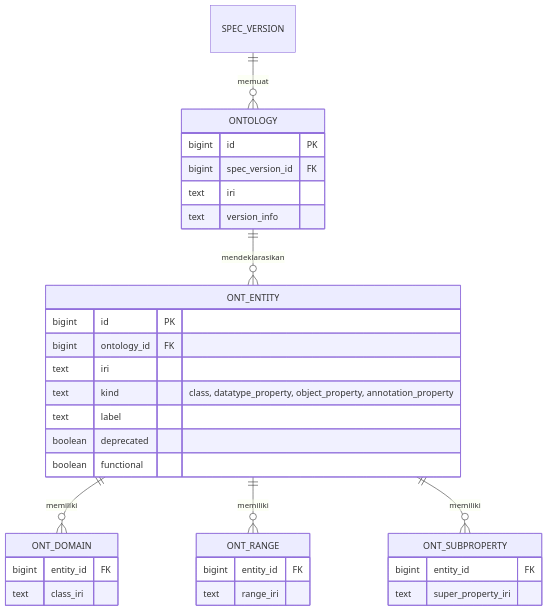
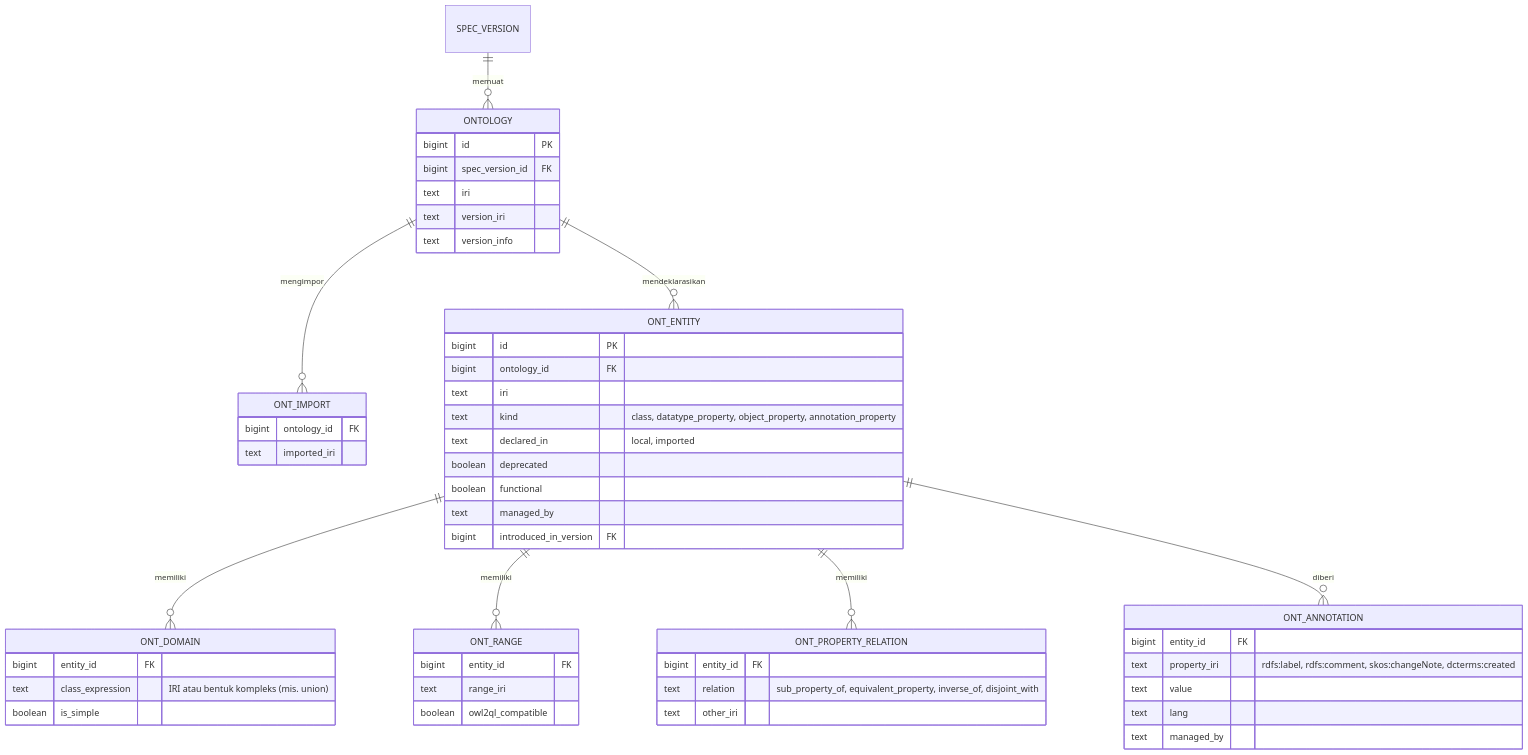
One commit to rahilaode/data-federation-dev changed the fifth of 7 diagrams in docs/knowledge/README.md. Above: the diagram before and after it, drawn with Mermaid. The commit also changed other lines of this file and 2 other files, not shown here.

````diff
--- a/docs/knowledge/README.md
+++ b/docs/knowledge/README.md
@@ -264,36 +383,55 @@
 ```mermaid
 erDiagram
     SPEC_VERSION ||--o{ ONTOLOGY : memuat
+    ONTOLOGY ||--o{ ONT_IMPORT : mengimpor
     ONTOLOGY ||--o{ ONT_ENTITY : mendeklarasikan
     ONT_ENTITY ||--o{ ONT_DOMAIN : memiliki
     ONT_ENTITY ||--o{ ONT_RANGE : memiliki
-    ONT_ENTITY ||--o{ ONT_SUBPROPERTY : memiliki
+    ONT_ENTITY ||--o{ ONT_PROPERTY_RELATION : memiliki
+    ONT_ENTITY ||--o{ ONT_ANNOTATION : diberi
 
     ONTOLOGY {
         bigint id PK
         bigint spec_version_id FK
         text iri
+        text version_iri
         text version_info
+    }
+    ONT_IMPORT {
+        bigint ontology_id FK
+        text imported_iri
     }
     ONT_ENTITY {
         bigint id PK
         bigint ontology_id FK
         text iri
         text kind "class, datatype_property, object_property, annotation_property"
-        text label
+        text declared_in "local, imported"
         boolean deprecated
         boolean functional
+        text managed_by
+        bigint introduced_in_version FK
     }
     ONT_DOMAIN {
         bigint entity_id FK
-        text class_iri
+        text class_expression "IRI atau bentuk kompleks (mis. union)"
+        boolean is_simple
     }
     ONT_RANGE {
         bigint entity_id FK
         text range_iri
+        boolean owl2ql_compatible
     }
-    ONT_SUBPROPERTY {
+    ONT_PROPERTY_RELATION {
         bigint entity_id FK
-        text super_property_iri
+        text relation "sub_property_of, equivalent_property, inverse_of, disjoint_with"
+        text other_iri
+    }
+    ONT_ANNOTATION {
+        bigint entity_id FK
+        text property_iri "rdfs:label, rdfs:comment, skos:changeNote, dcterms:created"
+        text value
+        text lang
+        text managed_by
     }
 ```
````
